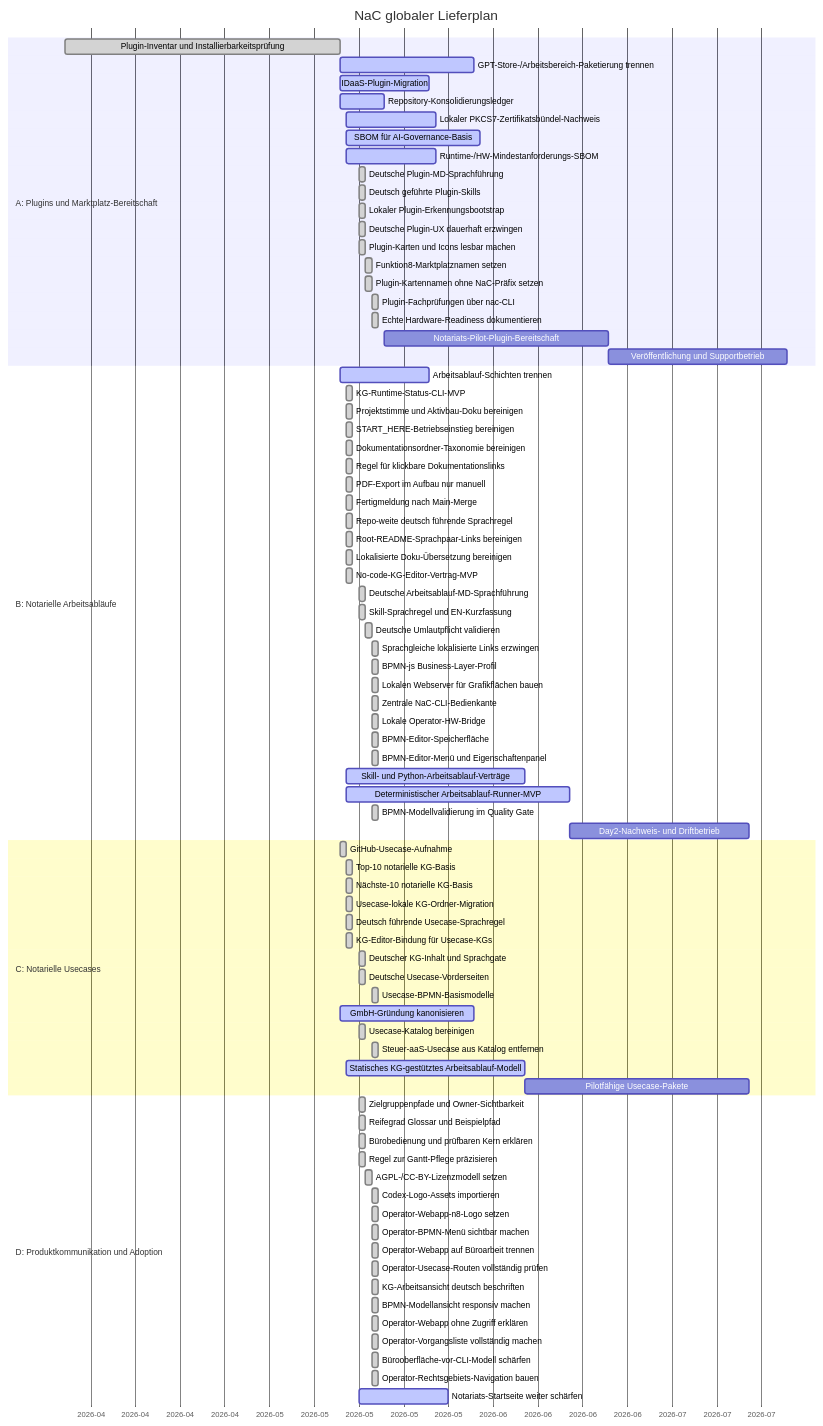
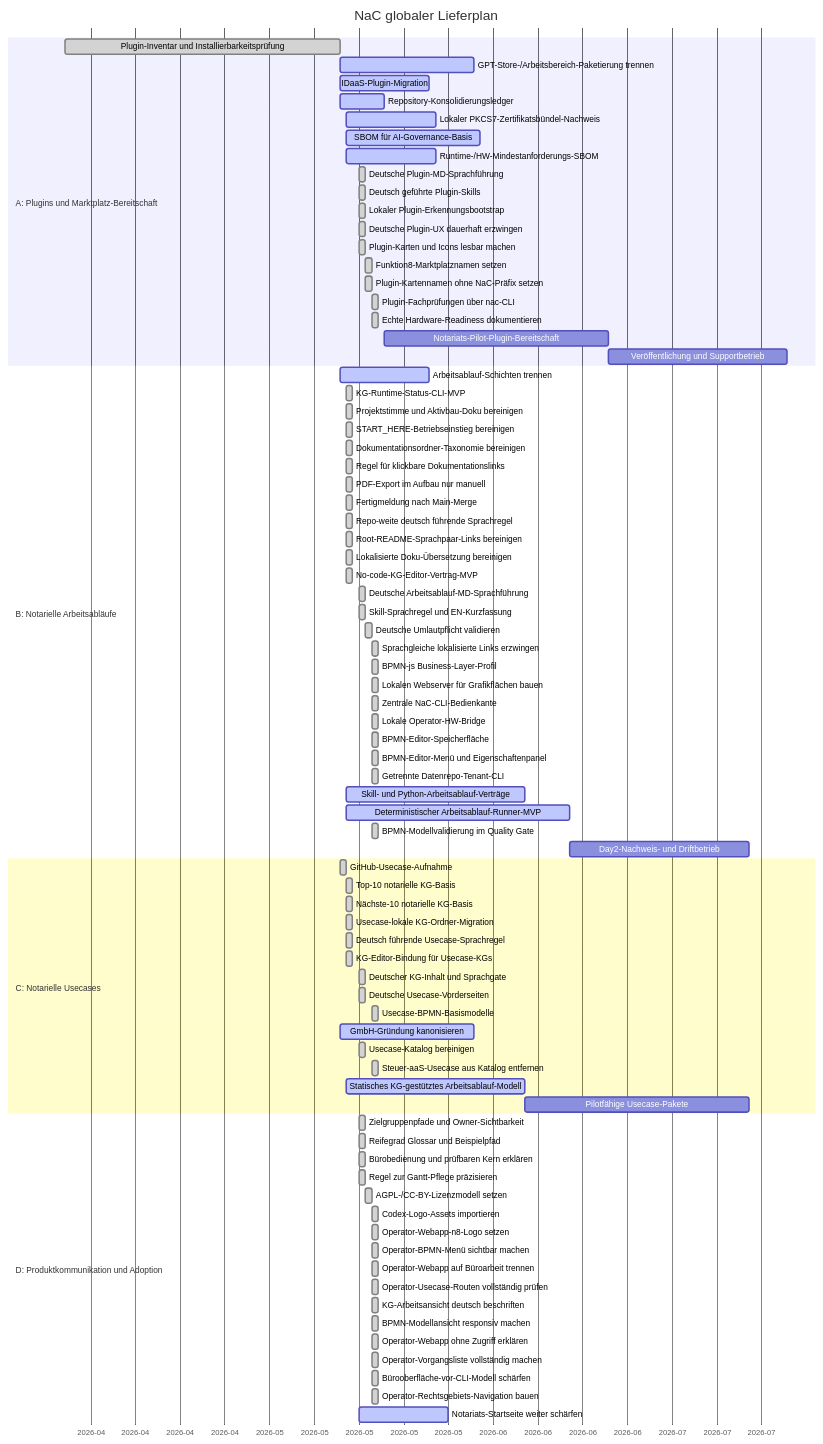
Before and after one commit to notariat8/NaC: the diagram in roadmap/GANTT.md, drawn with Mermaid. The commit also changed other lines of this file and 12 other files, not shown here.

Commit message:
Add tenant data repository CLI

```diff
--- a/roadmap/GANTT.md
+++ b/roadmap/GANTT.md
@@ -60,6 +60,7 @@
     Lokale Operator-HW-Bridge                    :done,    b1r, 2026-05-19, 1d
     BPMN-Editor-Speicherfläche                   :done,    b1s, 2026-05-19, 1d
     BPMN-Editor-Menü und Eigenschaftenpanel      :done,    b1t, 2026-05-19, 1d
+    Getrennte Datenrepo-Tenant-CLI               :done,    b1u, 2026-05-19, 1d
     Skill- und Python-Arbeitsablauf-Verträge    :active,  b2, 2026-05-15, 28d
     Deterministischer Arbeitsablauf-Runner-MVP   :active,  b3, 2026-05-15, 35d
     BPMN-Modellvalidierung im Quality Gate       :done,    b3a, 2026-05-19, 1d
```
